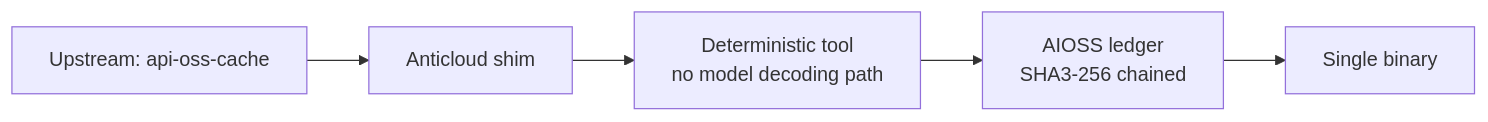
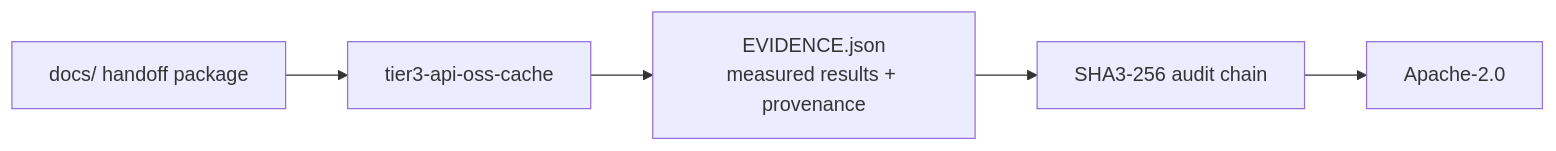
One commit to the-anticloud/tier3-api-oss-cache changed the diagram in README.md. Above: the diagram before and after it, drawn with Mermaid. The commit also changed other lines of this file and 10 other files, not shown here.

````diff
--- a/README.md
+++ b/README.md
@@ -11,7 +22,7 @@
 ```mermaid
 graph LR
-    U[Upstream: api-oss-cache] --> S[Anticloud shim]
-    S --> T[Deterministic tool<br/>no model decoding path]
-    T --> A[AIOSS ledger<br/>SHA3-256 chained]
-    A --> B[Single binary]
+    D[docs/ handoff package] --> R[tier3-api-oss-cache]
+    R --> E[EVIDENCE.json\nmeasured results + provenance]
+    E --> A[SHA3-256 audit chain]
+    A --> L[Apache-2.0]
 ```
````
